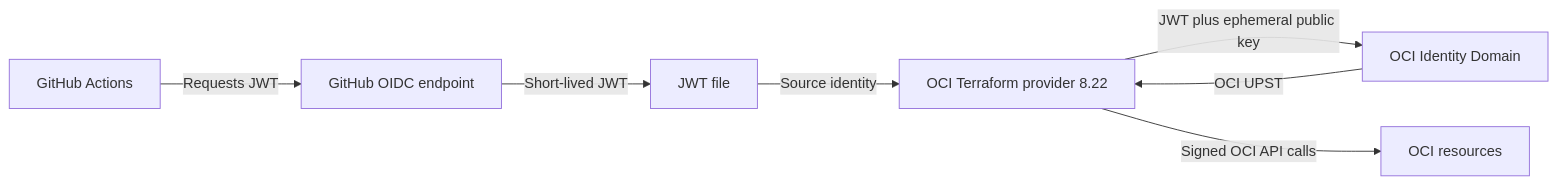
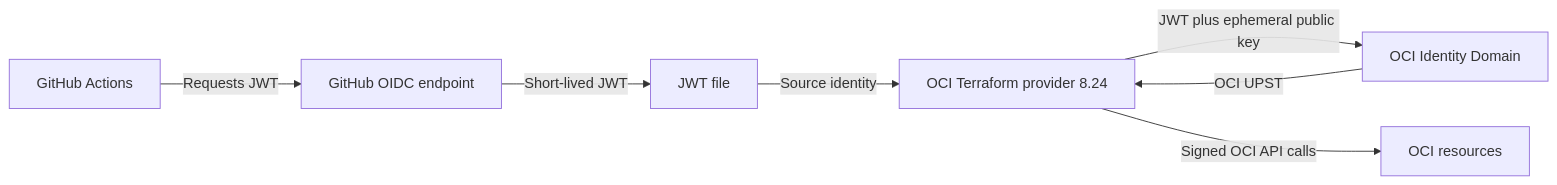
Before and after one commit to dgutierrezcolodra/oci-terraform-github-actions-wif-example: the diagram in README.md, drawn with Mermaid. The commit also changed other lines of this file and 8 other files, not shown here.

````diff
--- a/README.md
+++ b/README.md
@@ -23,16 +23,16 @@
 ```mermaid
 flowchart LR
     A[GitHub Actions]
     B[GitHub OIDC endpoint]
     C[JWT file]
-    D[OCI Terraform provider 8.22]
+    D[OCI Terraform provider 8.24]
     E[OCI Identity Domain]
     F[OCI resources]
 
     A -->|Requests JWT| B
     B -->|Short-lived JWT| C
     C -->|Source identity| D
     D -->|JWT plus ephemeral public key| E
     E -->|OCI UPST| D
     D -->|Signed OCI API calls| F
 ```
````
